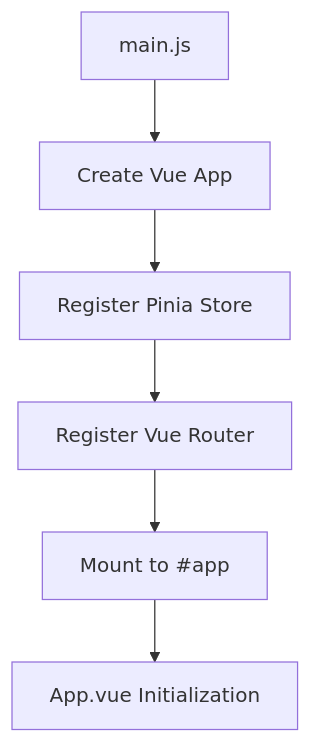
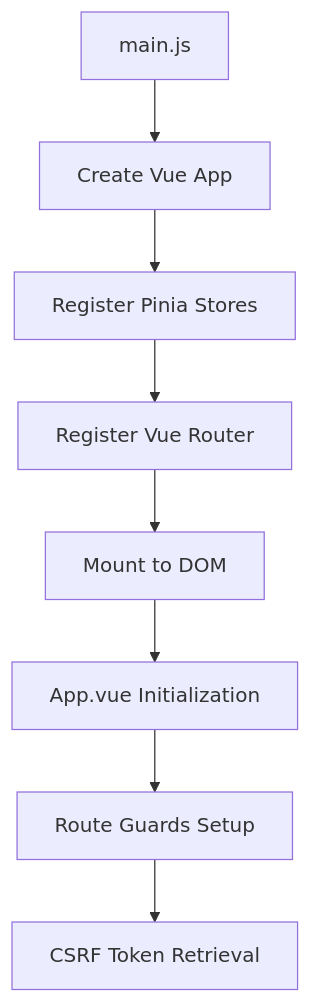
One commit to CSchotborgh/ecx-web-ui-main-september changed the first of 3 diagrams in README.md. Above: the diagram before and after it, drawn with Mermaid. The commit also changed other lines of this file, not shown here.

````diff
--- a/README.md
+++ b/README.md
@@ -87,8 +153,10 @@
 ```mermaid
 graph TD
     A[main.js] --> B[Create Vue App]
-    B --> C[Register Pinia Store]
+    B --> C[Register Pinia Stores]
     C --> D[Register Vue Router]
-    D --> E[Mount to #app]
+    D --> E[Mount to DOM]
     E --> F[App.vue Initialization]
+    F --> G[Route Guards Setup]
+    G --> H[CSRF Token Retrieval]
 ```
````
